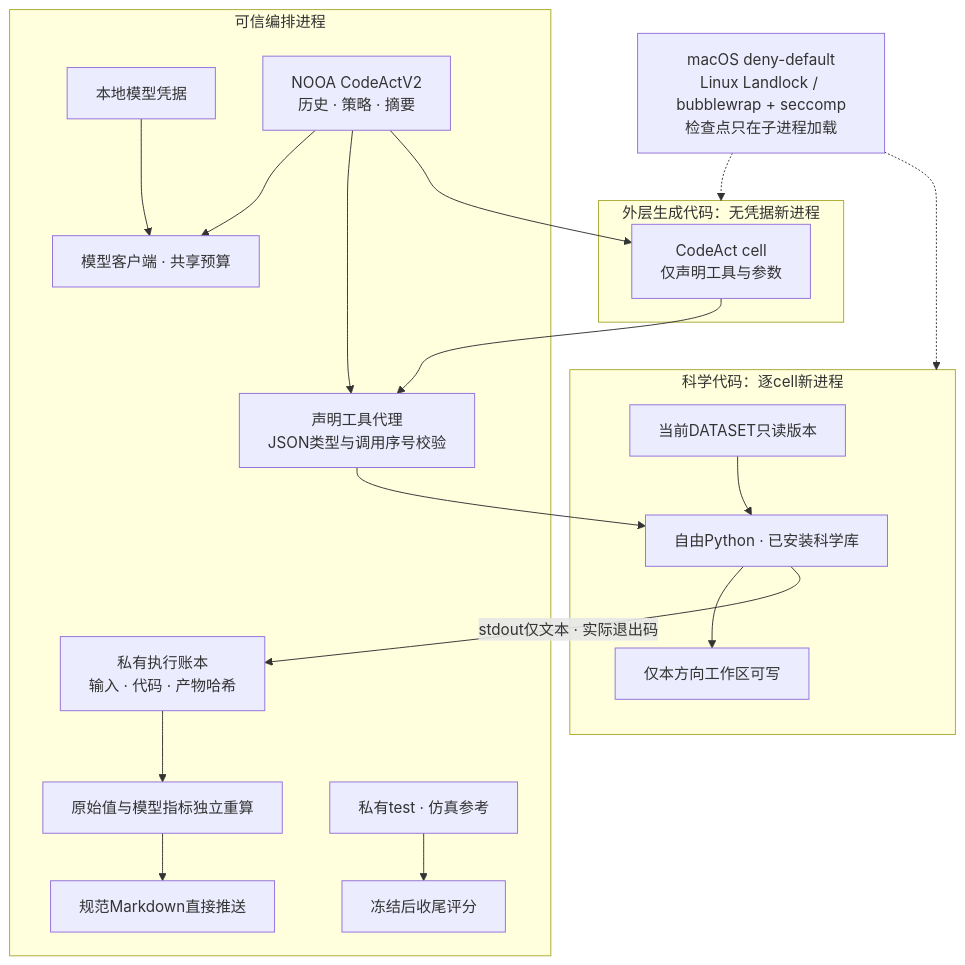
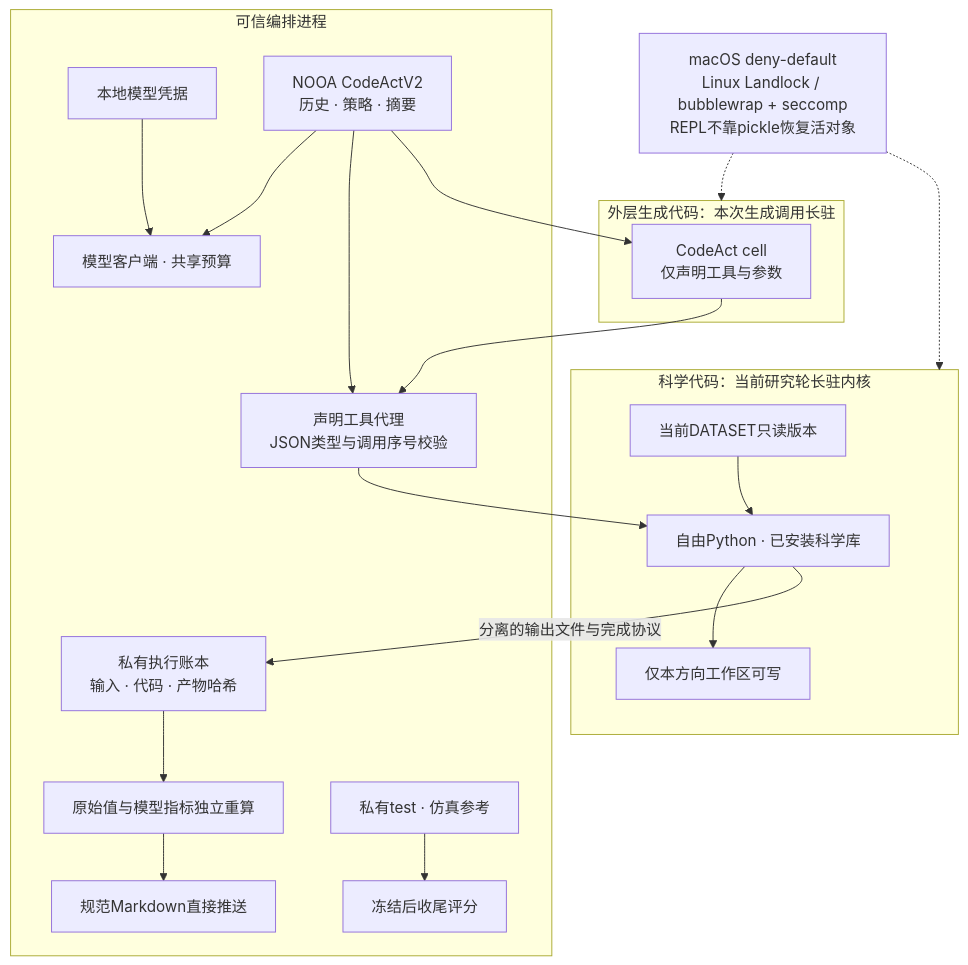
Before and after one commit to pty819/nooa-etching-rca: the diagram in docs/sphinx/diagrams/trust.mmd, drawn with Mermaid. The commit also changed 29 other files, not shown here.

```diff
--- a/docs/sphinx/diagrams/trust.mmd
+++ b/docs/sphinx/diagrams/trust.mmd
@@ -1,23 +1,23 @@
 flowchart TB
   subgraph HOST["可信编排进程"]
     KEY["本地模型凭据"] --> API["模型客户端 · 共享预算"]
     NOOA["NOOA CodeActV2<br/>历史 · 策略 · 摘要"] --> API
     NOOA --> RPC["声明工具代理<br/>JSON类型与调用序号校验"]
     LEDGER["私有执行账本<br/>输入 · 代码 · 产物哈希"] --> VERIFY["原始值与模型指标独立重算"]
     TEST["私有test · 仿真参考"] --> EVAL["冻结后收尾评分"]
     VERIFY --> MD["规范Markdown直接推送"]
   end
-  subgraph OUTER["外层生成代码：无凭据新进程"]
+  subgraph OUTER["外层生成代码：本次生成调用长驻"]
     CELL["CodeAct cell<br/>仅声明工具与参数"]
   end
   NOOA --> CELL
   CELL --> RPC
-  subgraph SCIENCE["科学代码：逐cell新进程"]
+  subgraph SCIENCE["科学代码：当前研究轮长驻内核"]
     PY["自由Python · 已安装科学库"]
     IN["当前DATASET只读版本"] --> PY
     PY --> WORK["仅本方向工作区可写"]
   end
   RPC --> PY
-  PY -->|"stdout仅文本 · 实际退出码"| LEDGER
-  RULES["macOS deny-default<br/>Linux Landlock / bubblewrap + seccomp<br/>检查点只在子进程加载"] -.-> OUTER
+  PY -->|"分离的输出文件与完成协议"| LEDGER
+  RULES["macOS deny-default<br/>Linux Landlock / bubblewrap + seccomp<br/>REPL不靠pickle恢复活对象"] -.-> OUTER
   RULES -.-> SCIENCE
```
